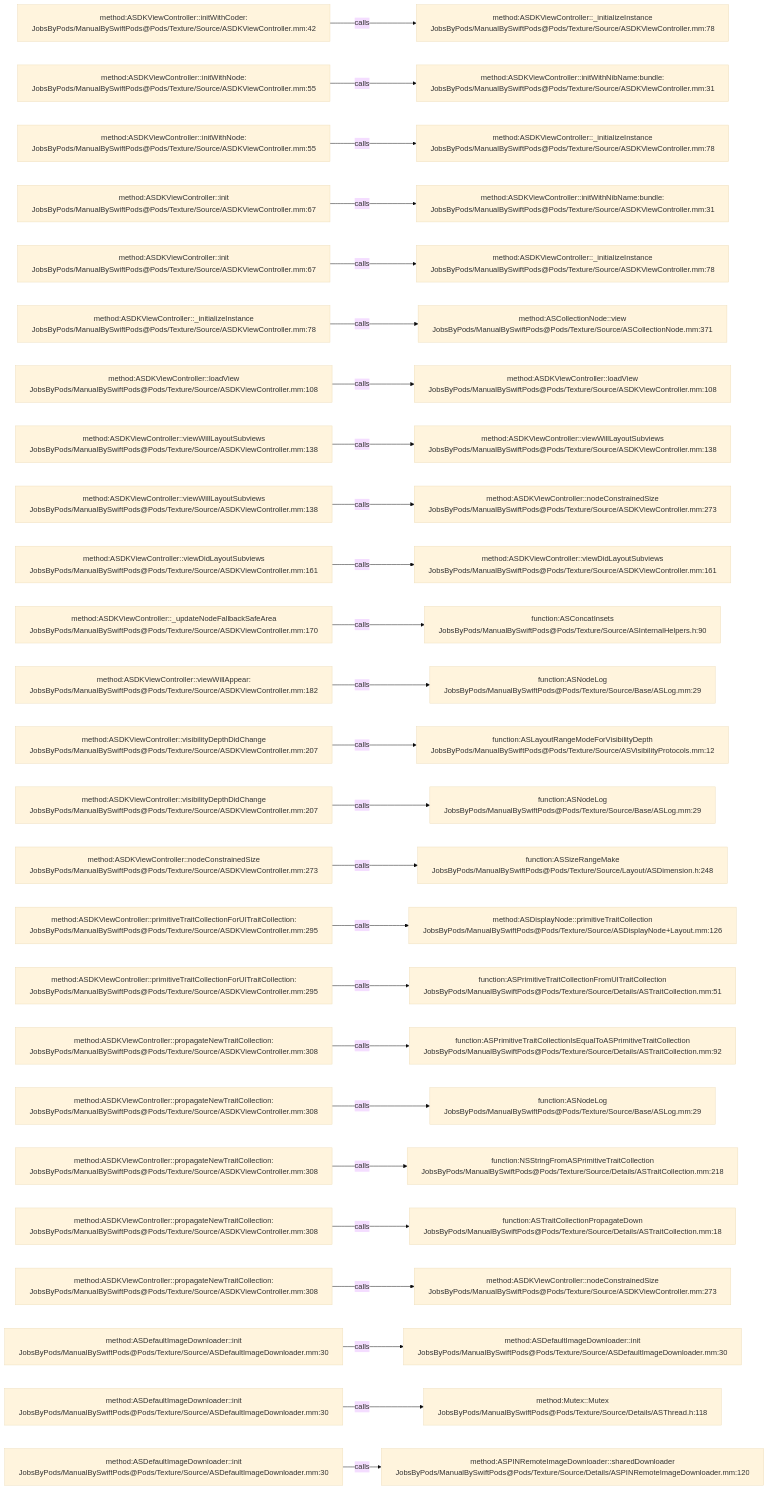
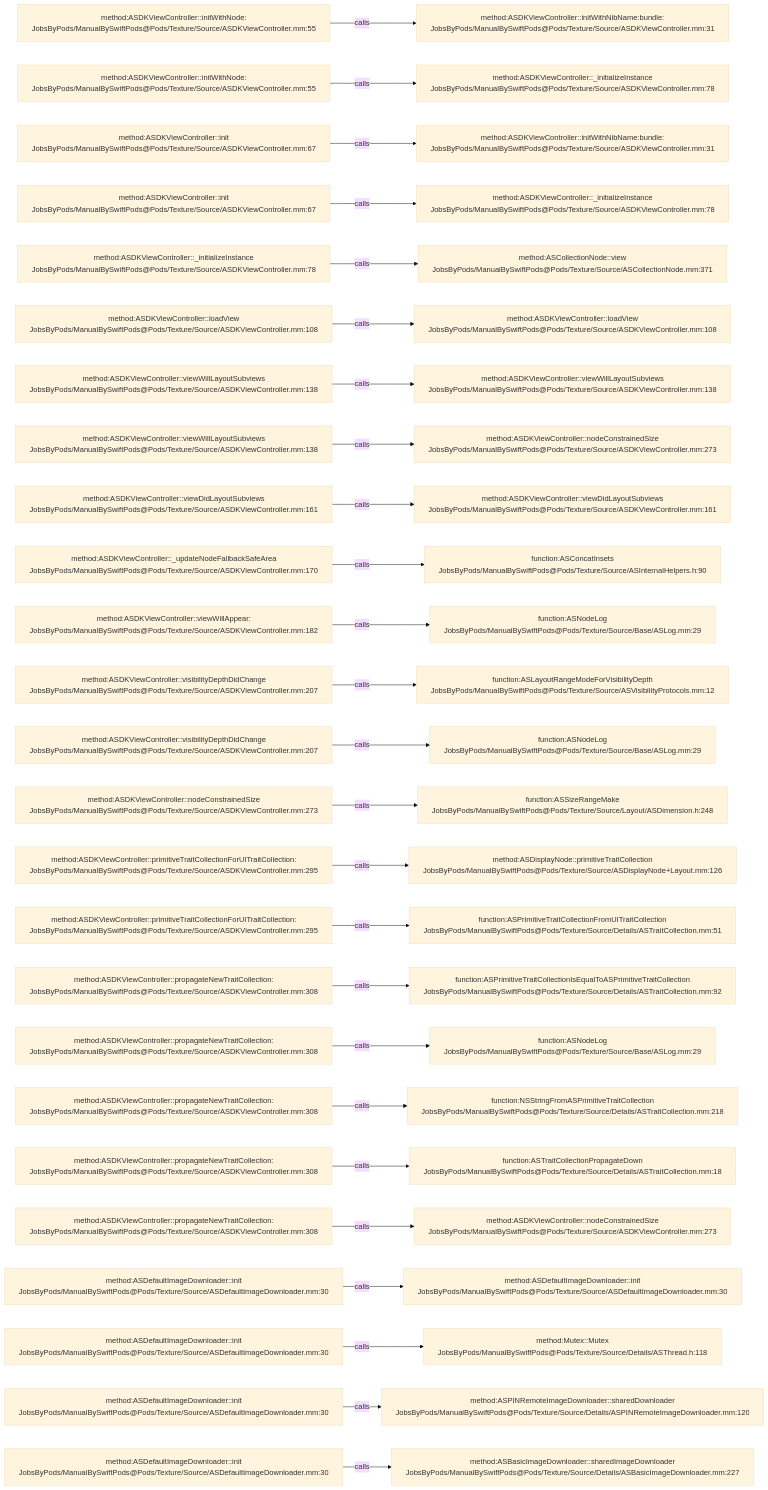
The diagram in .codegraph/codegraph.md/graphs/calls-019.md (JobsKits/JobsSwiftBaseConfigDemo), drawn with Mermaid (base theme) before and after one commit. The commit also changed 747 other files, not shown here.

````diff
--- a/.codegraph/codegraph.md/graphs/calls-019.md
+++ b/.codegraph/codegraph.md/graphs/calls-019.md
@@ -13,78 +13,78 @@
 ```mermaid
 flowchart LR
-  S1["method:ASDKViewController::initWithCoder:<br/>JobsByPods/ManualBySwiftPods@Pods/Texture/Source/ASDKViewController.mm:42"]
-  T1["method:ASDKViewController::_initializeInstance<br/>JobsByPods/ManualBySwiftPods@Pods/Texture/Source/ASDKViewController.mm:78"]
+  S1["method:ASDKViewController::initWithNode:<br/>JobsByPods/ManualBySwiftPods@Pods/Texture/Source/ASDKViewController.mm:55"]
+  T1["method:ASDKViewController::initWithNibName:bundle:<br/>JobsByPods/ManualBySwiftPods@Pods/Texture/Source/ASDKViewController.mm:31"]
   S1 -->|calls| T1
   S2["method:ASDKViewController::initWithNode:<br/>JobsByPods/ManualBySwiftPods@Pods/Texture/Source/ASDKViewController.mm:55"]
-  T2["method:ASDKViewController::initWithNibName:bundle:<br/>JobsByPods/ManualBySwiftPods@Pods/Texture/Source/ASDKViewController.mm:31"]
+  T2["method:ASDKViewController::_initializeInstance<br/>JobsByPods/ManualBySwiftPods@Pods/Texture/Source/ASDKViewController.mm:78"]
   S2 -->|calls| T2
-  S3["method:ASDKViewController::initWithNode:<br/>JobsByPods/ManualBySwiftPods@Pods/Texture/Source/ASDKViewController.mm:55"]
-  T3["method:ASDKViewController::_initializeInstance<br/>JobsByPods/ManualBySwiftPods@Pods/Texture/Source/ASDKViewController.mm:78"]
+  S3["method:ASDKViewController::init<br/>JobsByPods/ManualBySwiftPods@Pods/Texture/Source/ASDKViewController.mm:67"]
+  T3["method:ASDKViewController::initWithNibName:bundle:<br/>JobsByPods/ManualBySwiftPods@Pods/Texture/Source/ASDKViewController.mm:31"]
   S3 -->|calls| T3
   S4["method:ASDKViewController::init<br/>JobsByPods/ManualBySwiftPods@Pods/Texture/Source/ASDKViewController.mm:67"]
-  T4["method:ASDKViewController::initWithNibName:bundle:<br/>JobsByPods/ManualBySwiftPods@Pods/Texture/Source/ASDKViewController.mm:31"]
+  T4["method:ASDKViewController::_initializeInstance<br/>JobsByPods/ManualBySwiftPods@Pods/Texture/Source/ASDKViewController.mm:78"]
   S4 -->|calls| T4
-  S5["method:ASDKViewController::init<br/>JobsByPods/ManualBySwiftPods@Pods/Texture/Source/ASDKViewController.mm:67"]
-  T5["method:ASDKViewController::_initializeInstance<br/>JobsByPods/ManualBySwiftPods@Pods/Texture/Source/ASDKViewController.mm:78"]
+  S5["method:ASDKViewController::_initializeInstance<br/>JobsByPods/ManualBySwiftPods@Pods/Texture/Source/ASDKViewController.mm:78"]
+  T5["method:ASCollectionNode::view<br/>JobsByPods/ManualBySwiftPods@Pods/Texture/Source/ASCollectionNode.mm:371"]
   S5 -->|calls| T5
-  S6["method:ASDKViewController::_initializeInstance<br/>JobsByPods/ManualBySwiftPods@Pods/Texture/Source/ASDKViewController.mm:78"]
-  T6["method:ASCollectionNode::view<br/>JobsByPods/ManualBySwiftPods@Pods/Texture/Source/ASCollectionNode.mm:371"]
+  S6["method:ASDKViewController::loadView<br/>JobsByPods/ManualBySwiftPods@Pods/Texture/Source/ASDKViewController.mm:108"]
+  T6["method:ASDKViewController::loadView<br/>JobsByPods/ManualBySwiftPods@Pods/Texture/Source/ASDKViewController.mm:108"]
   S6 -->|calls| T6
-  S7["method:ASDKViewController::loadView<br/>JobsByPods/ManualBySwiftPods@Pods/Texture/Source/ASDKViewController.mm:108"]
-  T7["method:ASDKViewController::loadView<br/>JobsByPods/ManualBySwiftPods@Pods/Texture/Source/ASDKViewController.mm:108"]
+  S7["method:ASDKViewController::viewWillLayoutSubviews<br/>JobsByPods/ManualBySwiftPods@Pods/Texture/Source/ASDKViewController.mm:138"]
+  T7["method:ASDKViewController::viewWillLayoutSubviews<br/>JobsByPods/ManualBySwiftPods@Pods/Texture/Source/ASDKViewController.mm:138"]
   S7 -->|calls| T7
   S8["method:ASDKViewController::viewWillLayoutSubviews<br/>JobsByPods/ManualBySwiftPods@Pods/Texture/Source/ASDKViewController.mm:138"]
-  T8["method:ASDKViewController::viewWillLayoutSubviews<br/>JobsByPods/ManualBySwiftPods@Pods/Texture/Source/ASDKViewController.mm:138"]
+  T8["method:ASDKViewController::nodeConstrainedSize<br/>JobsByPods/ManualBySwiftPods@Pods/Texture/Source/ASDKViewController.mm:273"]
   S8 -->|calls| T8
-  S9["method:ASDKViewController::viewWillLayoutSubviews<br/>JobsByPods/ManualBySwiftPods@Pods/Texture/Source/ASDKViewController.mm:138"]
-  T9["method:ASDKViewController::nodeConstrainedSize<br/>JobsByPods/ManualBySwiftPods@Pods/Texture/Source/ASDKViewController.mm:273"]
+  S9["method:ASDKViewController::viewDidLayoutSubviews<br/>JobsByPods/ManualBySwiftPods@Pods/Texture/Source/ASDKViewController.mm:161"]
+  T9["method:ASDKViewController::viewDidLayoutSubviews<br/>JobsByPods/ManualBySwiftPods@Pods/Texture/Source/ASDKViewController.mm:161"]
   S9 -->|calls| T9
-  S10["method:ASDKViewController::viewDidLayoutSubviews<br/>JobsByPods/ManualBySwiftPods@Pods/Texture/Source/ASDKViewController.mm:161"]
-  T10["method:ASDKViewController::viewDidLayoutSubviews<br/>JobsByPods/ManualBySwiftPods@Pods/Texture/Source/ASDKViewController.mm:161"]
+  S10["method:ASDKViewController::_updateNodeFallbackSafeArea<br/>JobsByPods/ManualBySwiftPods@Pods/Texture/Source/ASDKViewController.mm:170"]
+  T10["function:ASConcatInsets<br/>JobsByPods/ManualBySwiftPods@Pods/Texture/Source/ASInternalHelpers.h:90"]
   S10 -->|calls| T10
-  S11["method:ASDKViewController::_updateNodeFallbackSafeArea<br/>JobsByPods/ManualBySwiftPods@Pods/Texture/Source/ASDKViewController.mm:170"]
-  T11["function:ASConcatInsets<br/>JobsByPods/ManualBySwiftPods@Pods/Texture/Source/ASInternalHelpers.h:90"]
+  S11["method:ASDKViewController::viewWillAppear:<br/>JobsByPods/ManualBySwiftPods@Pods/Texture/Source/ASDKViewController.mm:182"]
+  T11["function:ASNodeLog<br/>JobsByPods/ManualBySwiftPods@Pods/Texture/Source/Base/ASLog.mm:29"]
   S11 -->|calls| T11
-  S12["method:ASDKViewController::viewWillAppear:<br/>JobsByPods/ManualBySwiftPods@Pods/Texture/Source/ASDKViewController.mm:182"]
-  T12["function:ASNodeLog<br/>JobsByPods/ManualBySwiftPods@Pods/Texture/Source/Base/ASLog.mm:29"]
+  S12["method:ASDKViewController::visibilityDepthDidChange<br/>JobsByPods/ManualBySwiftPods@Pods/Texture/Source/ASDKViewController.mm:207"]
+  T12["function:ASLayoutRangeModeForVisibilityDepth<br/>JobsByPods/ManualBySwiftPods@Pods/Texture/Source/ASVisibilityProtocols.mm:12"]
   S12 -->|calls| T12
   S13["method:ASDKViewController::visibilityDepthDidChange<br/>JobsByPods/ManualBySwiftPods@Pods/Texture/Source/ASDKViewController.mm:207"]
-  T13["function:ASLayoutRangeModeForVisibilityDepth<br/>JobsByPods/ManualBySwiftPods@Pods/Texture/Source/ASVisibilityProtocols.mm:12"]
+  T13["function:ASNodeLog<br/>JobsByPods/ManualBySwiftPods@Pods/Texture/Source/Base/ASLog.mm:29"]
   S13 -->|calls| T13
-  S14["method:ASDKViewController::visibilityDepthDidChange<br/>JobsByPods/ManualBySwiftPods@Pods/Texture/Source/ASDKViewController.mm:207"]
-  T14["function:ASNodeLog<br/>JobsByPods/ManualBySwiftPods@Pods/Texture/Source/Base/ASLog.mm:29"]
+  S14["method:ASDKViewController::nodeConstrainedSize<br/>JobsByPods/ManualBySwiftPods@Pods/Texture/Source/ASDKViewController.mm:273"]
+  T14["function:ASSizeRangeMake<br/>JobsByPods/ManualBySwiftPods@Pods/Texture/Source/Layout/ASDimension.h:248"]
   S14 -->|calls| T14
-  S15["method:ASDKViewController::nodeConstrainedSize<br/>JobsByPods/ManualBySwiftPods@Pods/Texture/Source/ASDKViewController.mm:273"]
-  T15["function:ASSizeRangeMake<br/>JobsByPods/ManualBySwiftPods@Pods/Texture/Source/Layout/ASDimension.h:248"]
+  S15["method:ASDKViewController::primitiveTraitCollectionForUITraitCollection:<br/>JobsByPods/ManualBySwiftPods@Pods/Texture/Source/ASDKViewController.mm:295"]
+  T15["method:ASDisplayNode::primitiveTraitCollection<br/>JobsByPods/ManualBySwiftPods@Pods/Texture/Source/ASDisplayNode+Layout.mm:126"]
   S15 -->|calls| T15
   S16["method:ASDKViewController::primitiveTraitCollectionForUITraitCollection:<br/>JobsByPods/ManualBySwiftPods@Pods/Texture/Source/ASDKViewController.mm:295"]
-  T16["method:ASDisplayNode::primitiveTraitCollection<br/>JobsByPods/ManualBySwiftPods@Pods/Texture/Source/ASDisplayNode+Layout.mm:126"]
+  T16["function:ASPrimitiveTraitCollectionFromUITraitCollection<br/>JobsByPods/ManualBySwiftPods@Pods/Texture/Source/Details/ASTraitCollection.mm:51"]
   S16 -->|calls| T16
-  S17["method:ASDKViewController::primitiveTraitCollectionForUITraitCollection:<br/>JobsByPods/ManualBySwiftPods@Pods/Texture/Source/ASDKViewController.mm:295"]
-  T17["function:ASPrimitiveTraitCollectionFromUITraitCollection<br/>JobsByPods/ManualBySwiftPods@Pods/Texture/Source/Details/ASTraitCollection.mm:51"]
+  S17["method:ASDKViewController::propagateNewTraitCollection:<br/>JobsByPods/ManualBySwiftPods@Pods/Texture/Source/ASDKViewController.mm:308"]
+  T17["function:ASPrimitiveTraitCollectionIsEqualToASPrimitiveTraitCollection<br/>JobsByPods/ManualBySwiftPods@Pods/Texture/Source/Details/ASTraitCollection.mm:92"]
   S17 -->|calls| T17
   S18["method:ASDKViewController::propagateNewTraitCollection:<br/>JobsByPods/ManualBySwiftPods@Pods/Texture/Source/ASDKViewController.mm:308"]
-  T18["function:ASPrimitiveTraitCollectionIsEqualToASPrimitiveTraitCollection<br/>JobsByPods/ManualBySwiftPods@Pods/Texture/Source/Details/ASTraitCollection.mm:92"]
+  T18["function:ASNodeLog<br/>JobsByPods/ManualBySwiftPods@Pods/Texture/Source/Base/ASLog.mm:29"]
   S18 -->|calls| T18
   S19["method:ASDKViewController::propagateNewTraitCollection:<br/>JobsByPods/ManualBySwiftPods@Pods/Texture/Source/ASDKViewController.mm:308"]
-  T19["function:ASNodeLog<br/>JobsByPods/ManualBySwiftPods@Pods/Texture/Source/Base/ASLog.mm:29"]
+  T19["function:NSStringFromASPrimitiveTraitCollection<br/>JobsByPods/ManualBySwiftPods@Pods/Texture/Source/Details/ASTraitCollection.mm:218"]
   S19 -->|calls| T19
   S20["method:ASDKViewController::propagateNewTraitCollection:<br/>JobsByPods/ManualBySwiftPods@Pods/Texture/Source/ASDKViewController.mm:308"]
-  T20["function:NSStringFromASPrimitiveTraitCollection<br/>JobsByPods/ManualBySwiftPods@Pods/Texture/Source/Details/ASTraitCollection.mm:218"]
+  T20["function:ASTraitCollectionPropagateDown<br/>JobsByPods/ManualBySwiftPods@Pods/Texture/Source/Details/ASTraitCollection.mm:18"]
   S20 -->|calls| T20
   S21["method:ASDKViewController::propagateNewTraitCollection:<br/>JobsByPods/ManualBySwiftPods@Pods/Texture/Source/ASDKViewController.mm:308"]
-  T21["function:ASTraitCollectionPropagateDown<br/>JobsByPods/ManualBySwiftPods@Pods/Texture/Source/Details/ASTraitCollection.mm:18"]
+  T21["method:ASDKViewController::nodeConstrainedSize<br/>JobsByPods/ManualBySwiftPods@Pods/Texture/Source/ASDKViewController.mm:273"]
   S21 -->|calls| T21
-  S22["method:ASDKViewController::propagateNewTraitCollection:<br/>JobsByPods/ManualBySwiftPods@Pods/Texture/Source/ASDKViewController.mm:308"]
-  T22["method:ASDKViewController::nodeConstrainedSize<br/>JobsByPods/ManualBySwiftPods@Pods/Texture/Source/ASDKViewController.mm:273"]
+  S22["method:ASDefaultImageDownloader::init<br/>JobsByPods/ManualBySwiftPods@Pods/Texture/Source/ASDefaultImageDownloader.mm:30"]
+  T22["method:ASDefaultImageDownloader::init<br/>JobsByPods/ManualBySwiftPods@Pods/Texture/Source/ASDefaultImageDownloader.mm:30"]
   S22 -->|calls| T22
   S23["method:ASDefaultImageDownloader::init<br/>JobsByPods/ManualBySwiftPods@Pods/Texture/Source/ASDefaultImageDownloader.mm:30"]
-  T23["method:ASDefaultImageDownloader::init<br/>JobsByPods/ManualBySwiftPods@Pods/Texture/Source/ASDefaultImageDownloader.mm:30"]
+  T23["method:Mutex::Mutex<br/>JobsByPods/ManualBySwiftPods@Pods/Texture/Source/Details/ASThread.h:118"]
   S23 -->|calls| T23
   S24["method:ASDefaultImageDownloader::init<br/>JobsByPods/ManualBySwiftPods@Pods/Texture/Source/ASDefaultImageDownloader.mm:30"]
-  T24["method:Mutex::Mutex<br/>JobsByPods/ManualBySwiftPods@Pods/Texture/Source/Details/ASThread.h:118"]
+  T24["method:ASPINRemoteImageDownloader::sharedDownloader<br/>JobsByPods/ManualBySwiftPods@Pods/Texture/Source/Details/ASPINRemoteImageDownloader.mm:120"]
   S24 -->|calls| T24
   S25["method:ASDefaultImageDownloader::init<br/>JobsByPods/ManualBySwiftPods@Pods/Texture/Source/ASDefaultImageDownloader.mm:30"]
-  T25["method:ASPINRemoteImageDownloader::sharedDownloader<br/>JobsByPods/ManualBySwiftPods@Pods/Texture/Source/Details/ASPINRemoteImageDownloader.mm:120"]
+  T25["method:ASBasicImageDownloader::sharedImageDownloader<br/>JobsByPods/ManualBySwiftPods@Pods/Texture/Source/Details/ASBasicImageDownloader.mm:227"]
   S25 -->|calls| T25
 ```
````
